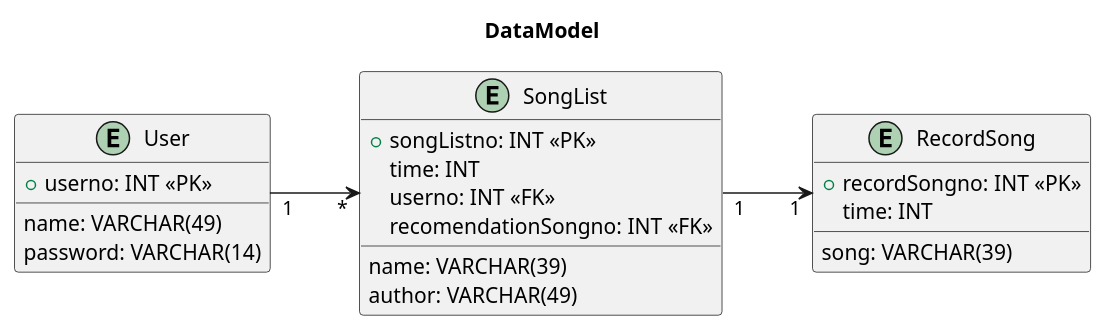
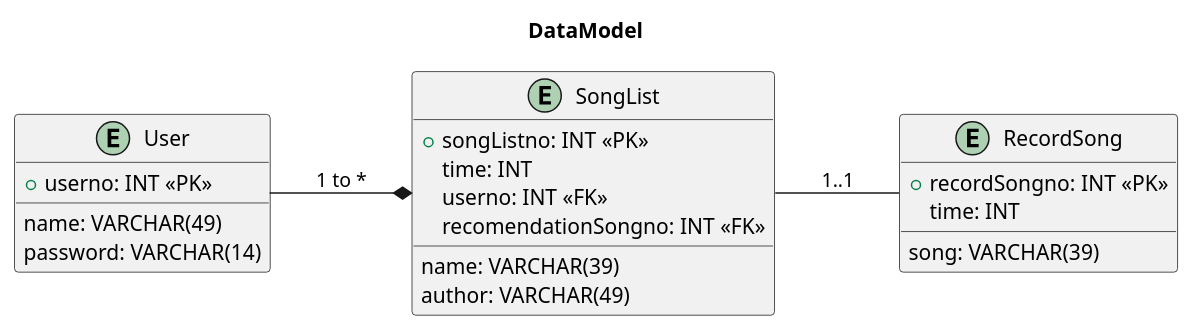
The diagram in 2-SoftwareDesign/2.7-PlantUML/DataModel.puml (oleksandrblazhko/ai-215-smolkin), drawn with PlantUML before and after one commit.

Commit message:
smolkin lab7

```diff
--- a/2-SoftwareDesign/2.7-PlantUML/DataModel.puml
+++ b/2-SoftwareDesign/2.7-PlantUML/DataModel.puml
@@ -1,30 +1,30 @@
 @startuml
 
 left to right direction 
 title DataModel
 
 entity User {
 +userno: INT <<PK>>
 name: VARCHAR(49)
 password: VARCHAR(14)
 }
 
 entity SongList {
 +songListno: INT <<PK>>
 name: VARCHAR(39)
 time: INT
 author: VARCHAR(49)
 userno: INT <<FK>>
 recomendationSongno: INT <<FK>>
 }
 
 entity RecordSong {
 +recordSongno: INT <<PK>>
 song: VARCHAR(39)
 time: INT
 }
 
-User "1" --> "*" SongList
-SongList "1" --> "1" RecordSong 
+User --* SongList : 1 to * 
+SongList -- RecordSong : 1..1
 
 @enduml
```
